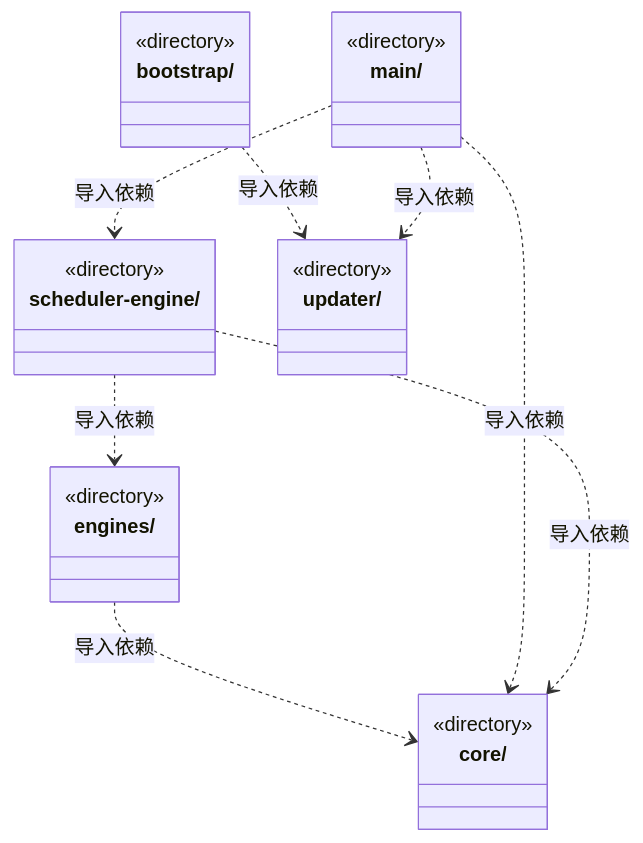
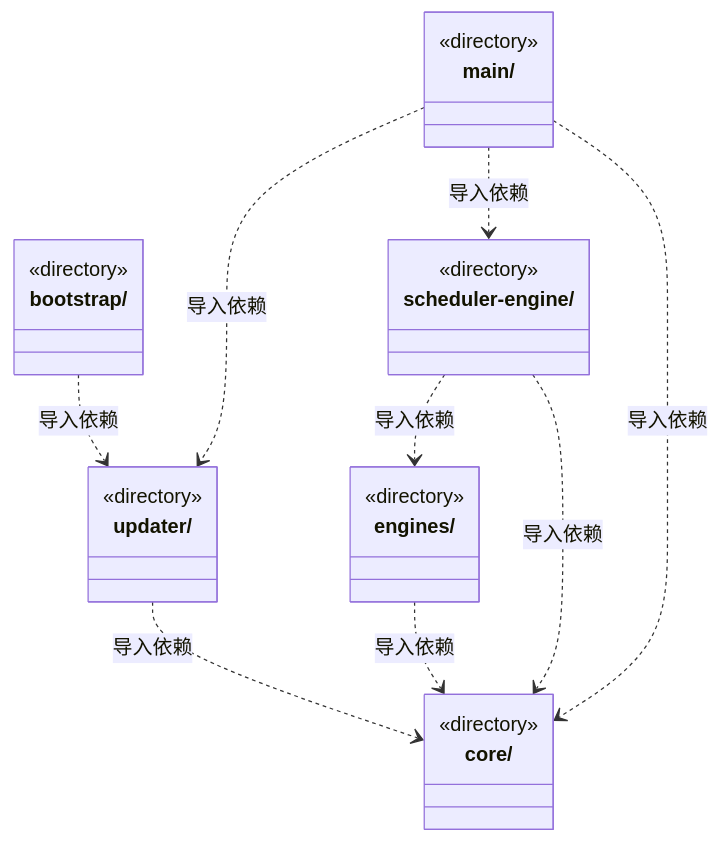
The first of 2 diagrams in src/backend/ARCHITECTURE.md (nan023062/cbim), drawn with Mermaid before and after one commit. The commit also changed other lines of this file and 173 other files, not shown here.

Commit message:
refactor(backend): consolidate shared libraries under core foundation

````diff
--- a/src/backend/ARCHITECTURE.md
+++ b/src/backend/ARCHITECTURE.md
@@ -15,28 +15,29 @@
 ```mermaid
 classDiagram
 class N_src_backend_bootstrap["bootstrap/"] {
   <<directory>>
 }
 class N_src_backend_core["core/"] {
   <<directory>>
 }
 class N_src_backend_engines["engines/"] {
   <<directory>>
 }
 class N_src_backend_main["main/"] {
   <<directory>>
 }
 class N_src_backend_scheduler_engine["scheduler-engine/"] {
   <<directory>>
 }
 class N_src_backend_updater["updater/"] {
   <<directory>>
 }
 N_src_backend_bootstrap ..> N_src_backend_updater : 导入依赖
 N_src_backend_engines ..> N_src_backend_core : 导入依赖
+N_src_backend_main ..> N_src_backend_core : 导入依赖
 N_src_backend_main ..> N_src_backend_scheduler_engine : 导入依赖
-N_src_backend_main ..> N_src_backend_core : 导入依赖
 N_src_backend_main ..> N_src_backend_updater : 导入依赖
 N_src_backend_scheduler_engine ..> N_src_backend_core : 导入依赖
 N_src_backend_scheduler_engine ..> N_src_backend_engines : 导入依赖
+N_src_backend_updater ..> N_src_backend_core : 导入依赖
 ```
````
